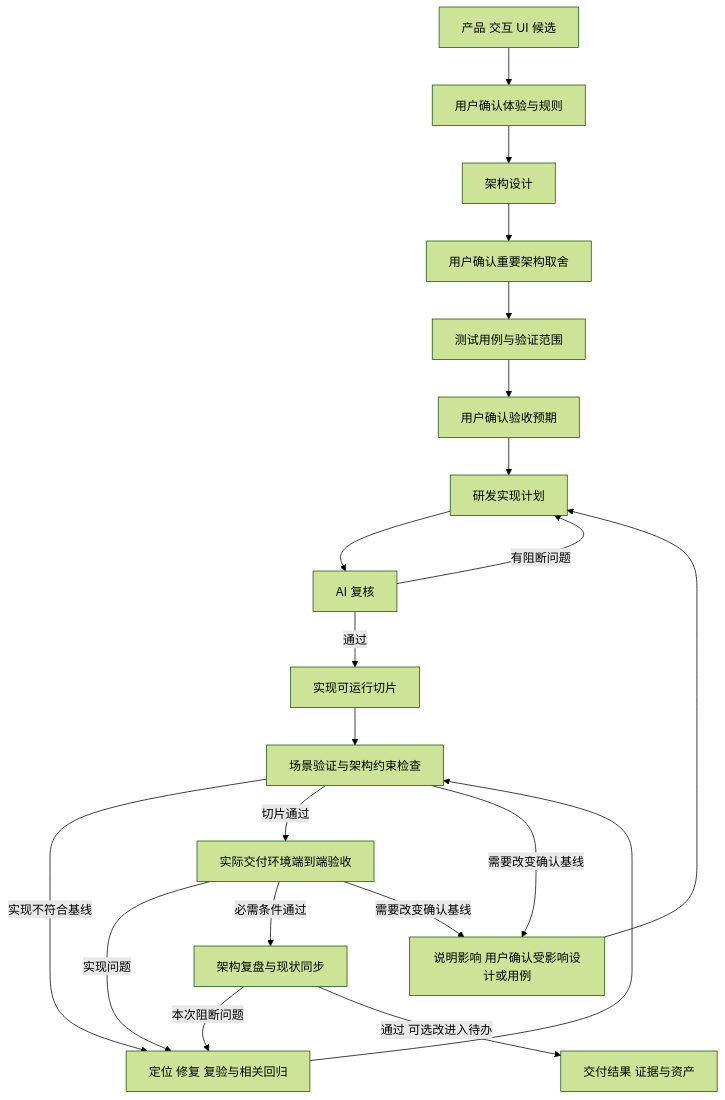
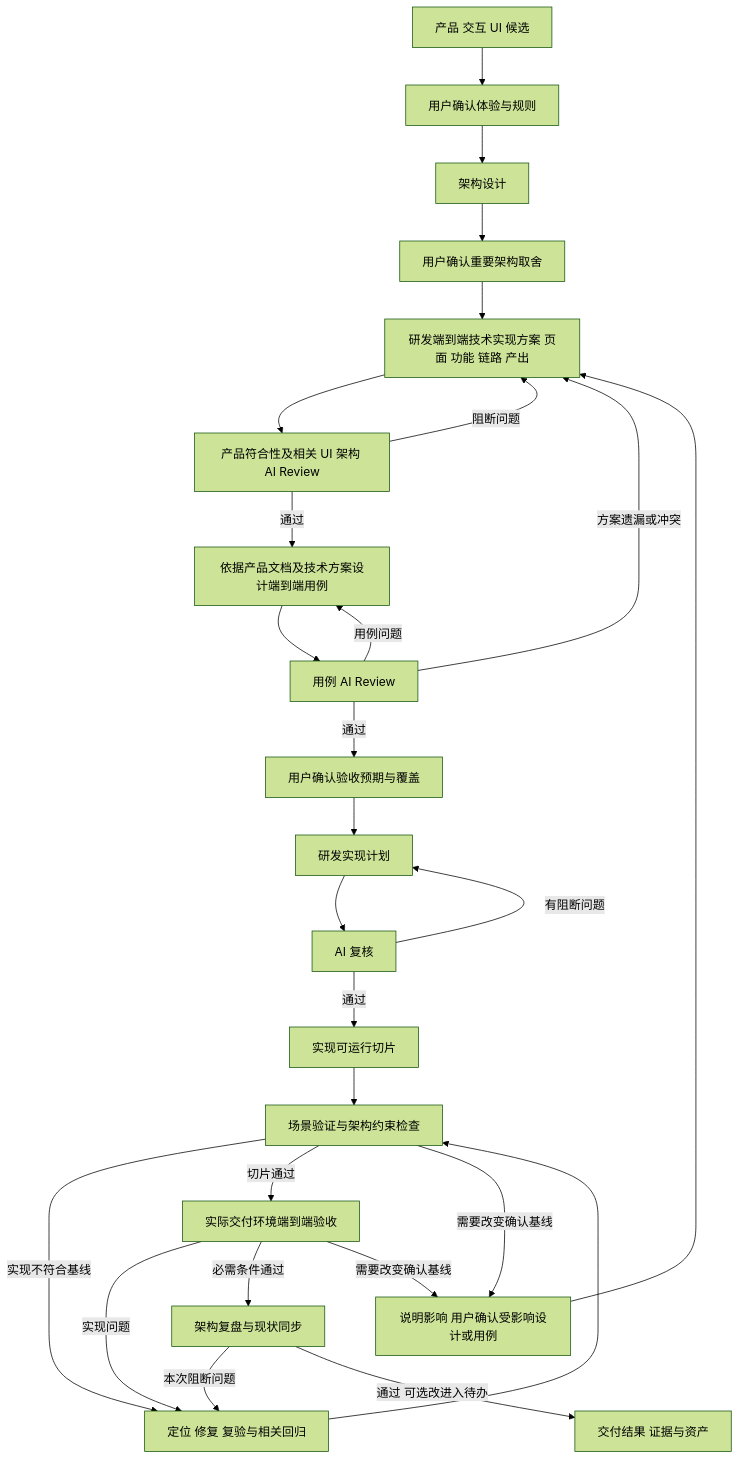
Before and after one commit to guoshencheng/dev-flow: the diagram in skills/dev-flow/references/execution-contract.md, drawn with Mermaid (forest theme). The commit also changed other lines of this file and 34 other files, not shown here.

Commit message:
feat(flow): 增加架构后技术方案和用例 Review 阶段

````diff
--- a/skills/dev-flow/references/execution-contract.md
+++ b/skills/dev-flow/references/execution-contract.md
@@ -44,23 +60,29 @@
 ```mermaid
 flowchart TD
     A[产品 交互 UI 候选] --> B[用户确认体验与规则]
     B --> C[架构设计]
     C --> D[用户确认重要架构取舍]
-    D --> E[测试用例与验证范围]
-    E --> F[用户确认验收预期]
+    D --> P[研发端到端技术实现方案 页面 功能 链路 产出]
+    P --> Q[产品符合性及相关 UI 架构 AI Review]
+    Q -->|阻断问题| P
+    Q -->|通过| E[依据产品文档及技术方案设计端到端用例]
+    E --> R[用例 AI Review]
+    R -->|用例问题| E
+    R -->|方案遗漏或冲突| P
+    R -->|通过| F[用户确认验收预期与覆盖]
     F --> G[研发实现计划]
     G --> H[AI 复核]
     H -->|有阻断问题| G
     H -->|通过| I[实现可运行切片]
     I --> J[场景验证与架构约束检查]
     J -->|实现不符合基线| K[定位 修复 复验与相关回归]
     K --> J
     J -->|切片通过| L[实际交付环境端到端验收]
     L -->|实现问题| K
     L -->|必需条件通过| O[架构复盘与现状同步]
     O -->|本次阻断问题| K
     O -->|通过 可选改进入待办| M[交付结果 证据与资产]
     J -->|需要改变确认基线| N[说明影响 用户确认受影响设计或用例]
     L -->|需要改变确认基线| N
-    N --> G
+    N --> P
 ```
````
